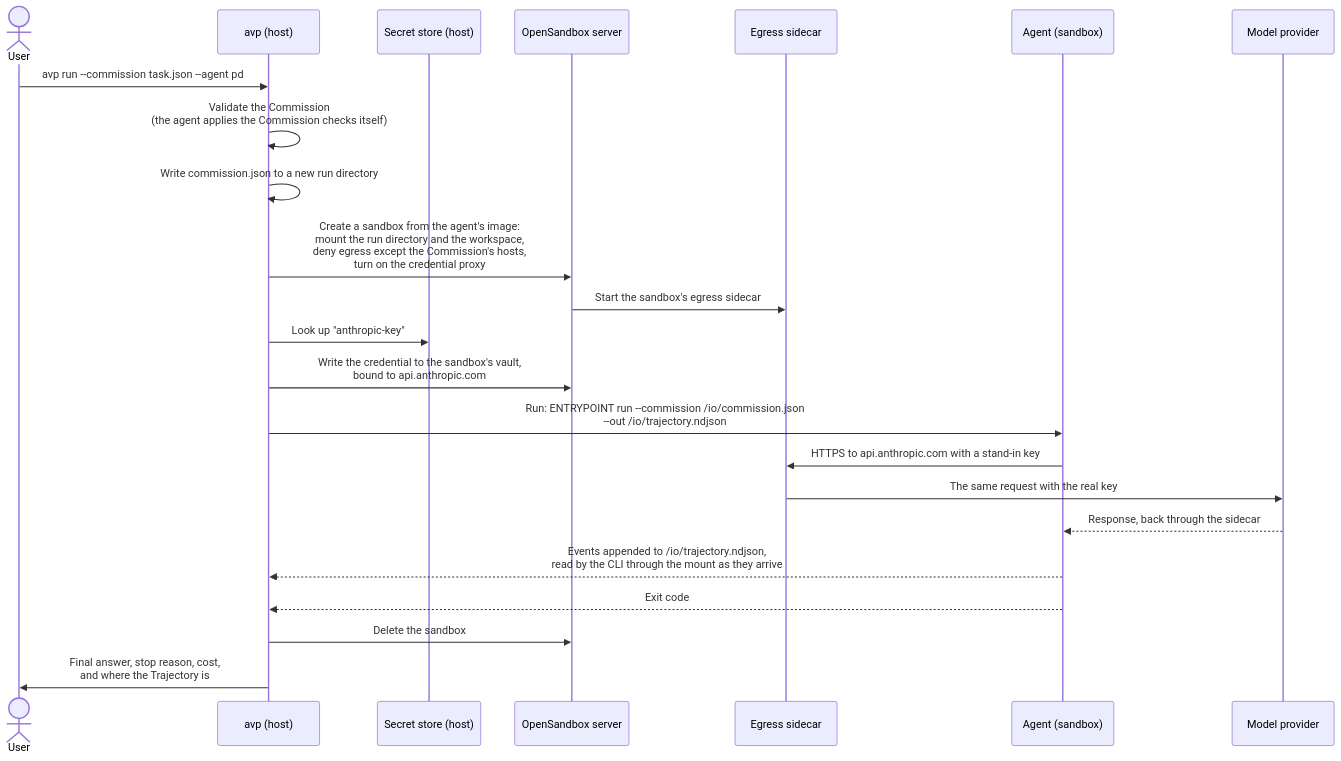
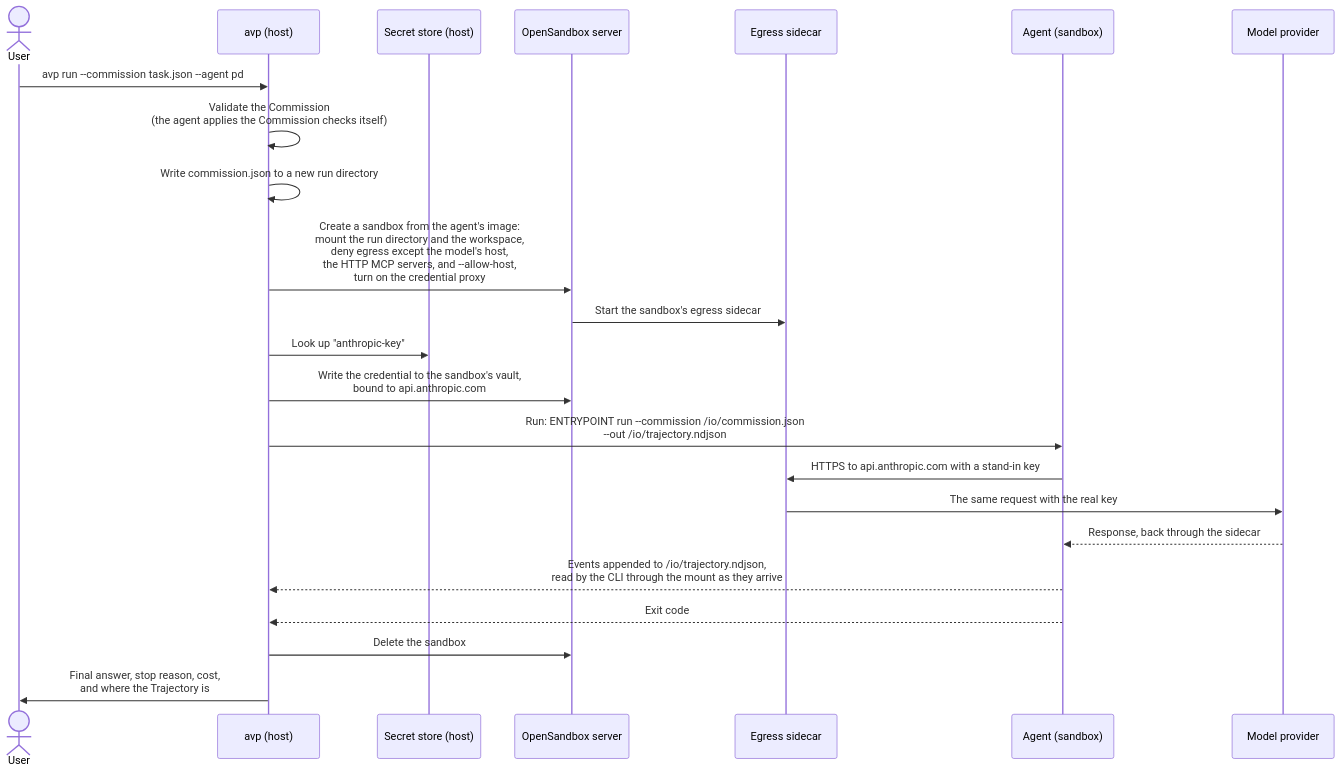
One commit to portofcontext/agent-voyager-project changed the second of 2 diagrams in avp-cli/COMMANDS.md. Above: the diagram before and after it, drawn with Mermaid. The commit also changed other lines of this file and 15 other files, not shown here.

First line of the commit message:
feat(avp-cli): avp run, in a sandbox with a mounted run directory

````diff
--- a/avp-cli/COMMANDS.md
+++ b/avp-cli/COMMANDS.md
@@ -116,26 +118,26 @@
 ```mermaid
 sequenceDiagram
     actor User
     participant CLI as avp (host)
     participant Secrets as Secret store (host)
     participant OSB as OpenSandbox server
     participant Sidecar as Egress sidecar
     participant Agent as Agent (sandbox)
     participant Model as Model provider
 
     User->>CLI: avp run --commission task.json --agent pd
     CLI->>CLI: Validate the Commission<br/>(the agent applies the Commission checks itself)
     CLI->>CLI: Write commission.json to a new run directory
-    CLI->>OSB: Create a sandbox from the agent's image:<br/>mount the run directory and the workspace,<br/>deny egress except the Commission's hosts,<br/>turn on the credential proxy
+    CLI->>OSB: Create a sandbox from the agent's image:<br/>mount the run directory and the workspace,<br/>deny egress except the model's host,<br/>the HTTP MCP servers, and --allow-host,<br/>turn on the credential proxy
     OSB->>Sidecar: Start the sandbox's egress sidecar
     CLI->>Secrets: Look up "anthropic-key"
     CLI->>OSB: Write the credential to the sandbox's vault,<br/>bound to api.anthropic.com
     CLI->>Agent: Run: ENTRYPOINT run --commission /io/commission.json<br/>--out /io/trajectory.ndjson
     Agent->>Sidecar: HTTPS to api.anthropic.com with a stand-in key
     Sidecar->>Model: The same request with the real key
     Model-->>Agent: Response, back through the sidecar
     Agent-->>CLI: Events appended to /io/trajectory.ndjson,<br/>read by the CLI through the mount as they arrive
     Agent-->>CLI: Exit code
     CLI->>OSB: Delete the sandbox
     CLI->>User: Final answer, stop reason, cost,<br/>and where the Trajectory is
 ```
````
